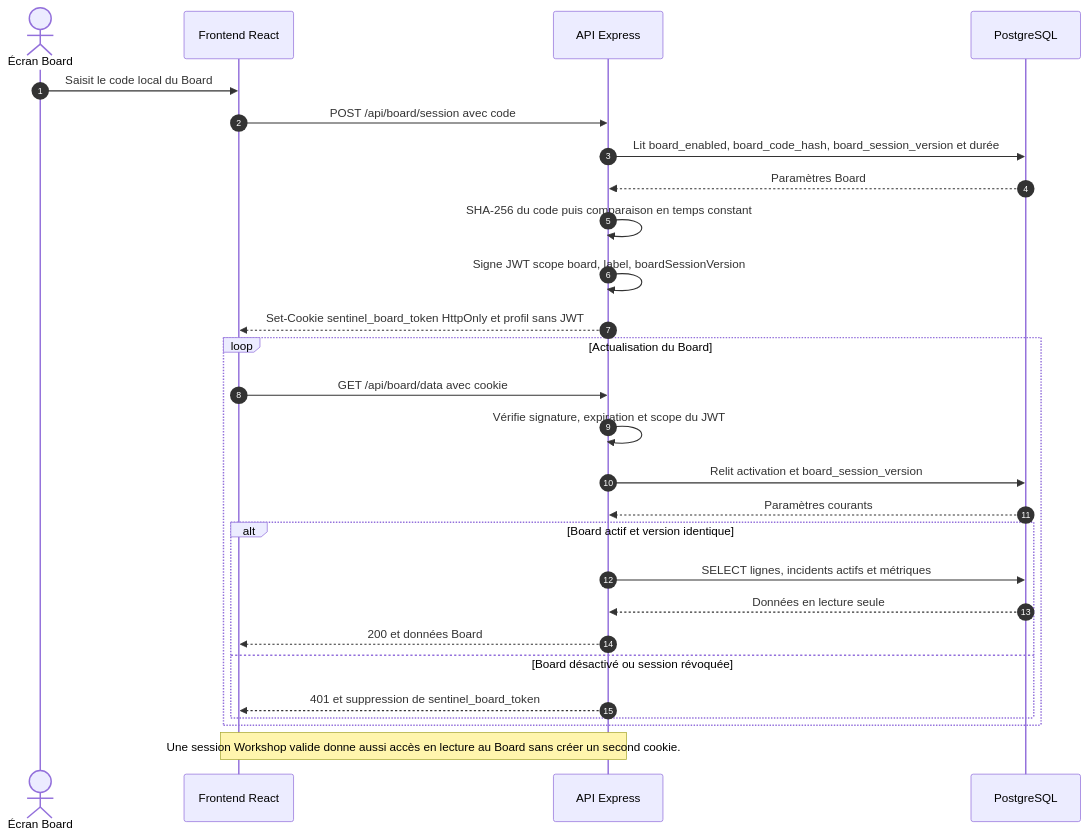
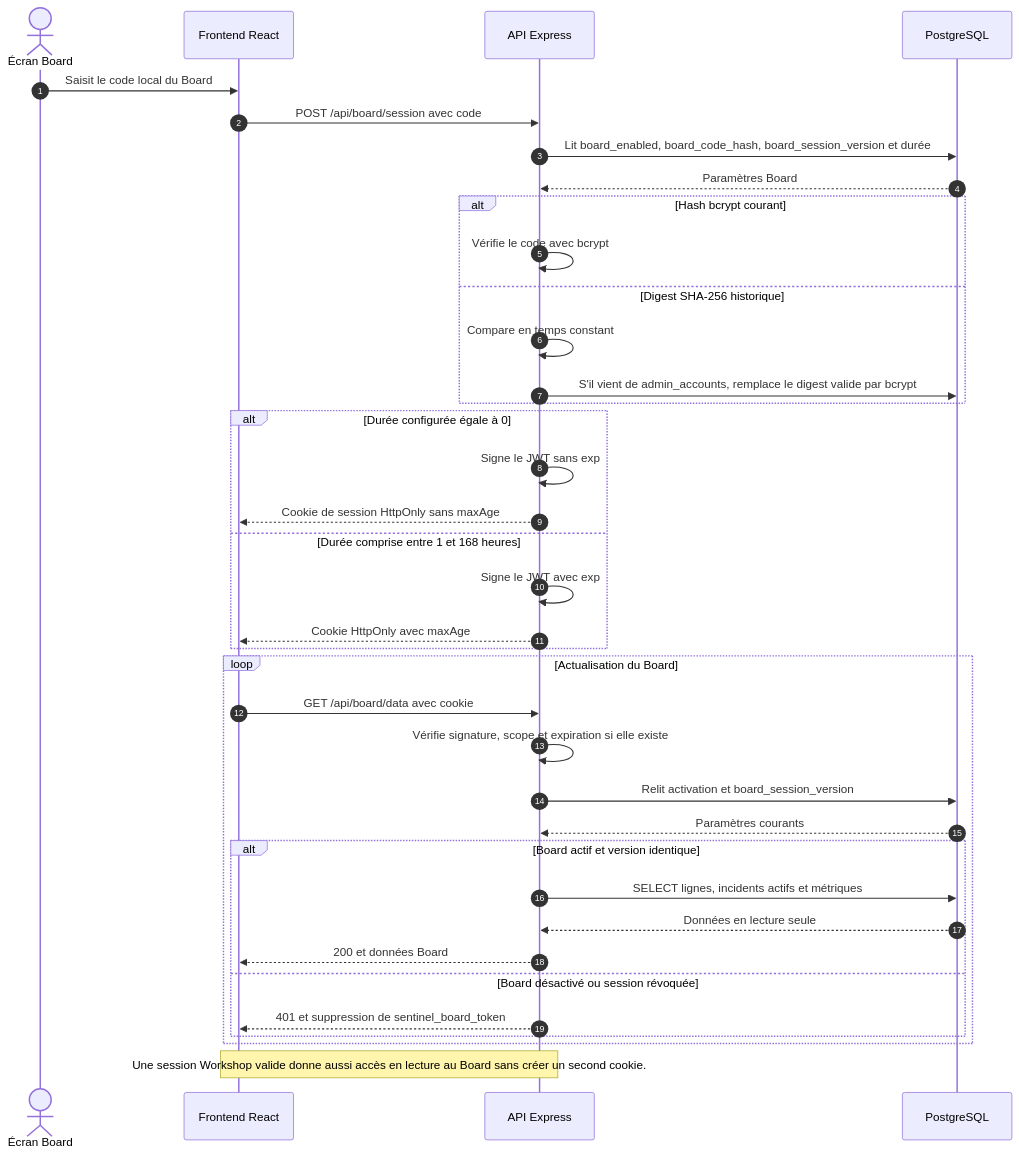
One commit to AmineAKIK/sentinel-fullstack changed the sixth of 6 diagrams in docs/dossier-projet/schemas-mermaid.md. Above: the diagram before and after it, drawn with Mermaid. The commit also changed other lines of this file and 14 other files, not shown here.

````diff
--- a/docs/dossier-projet/schemas-mermaid.md
+++ b/docs/dossier-projet/schemas-mermaid.md
@@ -576,32 +606,42 @@
 ```mermaid
 sequenceDiagram
     autonumber
     actor U as Écran Board
     participant F as Frontend React
     participant API as API Express
     participant DB as PostgreSQL
 
     U->>F: Saisit le code local du Board
     F->>API: POST /api/board/session avec code
     API->>DB: Lit board_enabled, board_code_hash, board_session_version et durée
     DB-->>API: Paramètres Board
-    API->>API: SHA-256 du code puis comparaison en temps constant
-    API->>API: Signe JWT scope board, label, boardSessionVersion
-    API-->>F: Set-Cookie sentinel_board_token HttpOnly et profil sans JWT
+    alt Hash bcrypt courant
+        API->>API: Vérifie le code avec bcrypt
+    else Digest SHA-256 historique
+        API->>API: Compare en temps constant
+        API->>DB: S'il vient de admin_accounts, remplace le digest valide par bcrypt
+    end
+    alt Durée configurée égale à 0
+        API->>API: Signe le JWT sans exp
+        API-->>F: Cookie de session HttpOnly sans maxAge
+    else Durée comprise entre 1 et 168 heures
+        API->>API: Signe le JWT avec exp
+        API-->>F: Cookie HttpOnly avec maxAge
+    end
 
     loop Actualisation du Board
         F->>API: GET /api/board/data avec cookie
-        API->>API: Vérifie signature, expiration et scope du JWT
+        API->>API: Vérifie signature, scope et expiration si elle existe
         API->>DB: Relit activation et board_session_version
         DB-->>API: Paramètres courants
         alt Board actif et version identique
             API->>DB: SELECT lignes, incidents actifs et métriques
             DB-->>API: Données en lecture seule
             API-->>F: 200 et données Board
         else Board désactivé ou session révoquée
             API-->>F: 401 et suppression de sentinel_board_token
         end
     end
 
     Note over F,API: Une session Workshop valide donne aussi accès en lecture au Board sans créer un second cookie.
 ```
````
